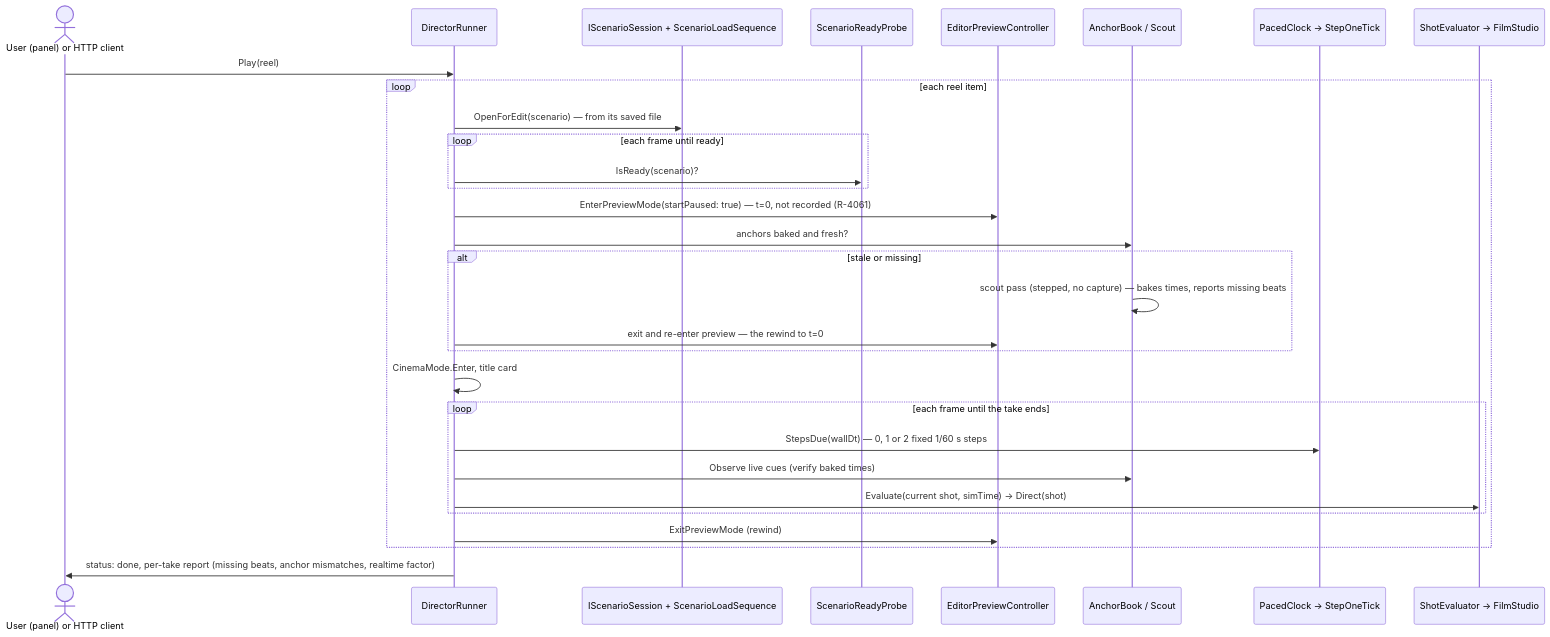
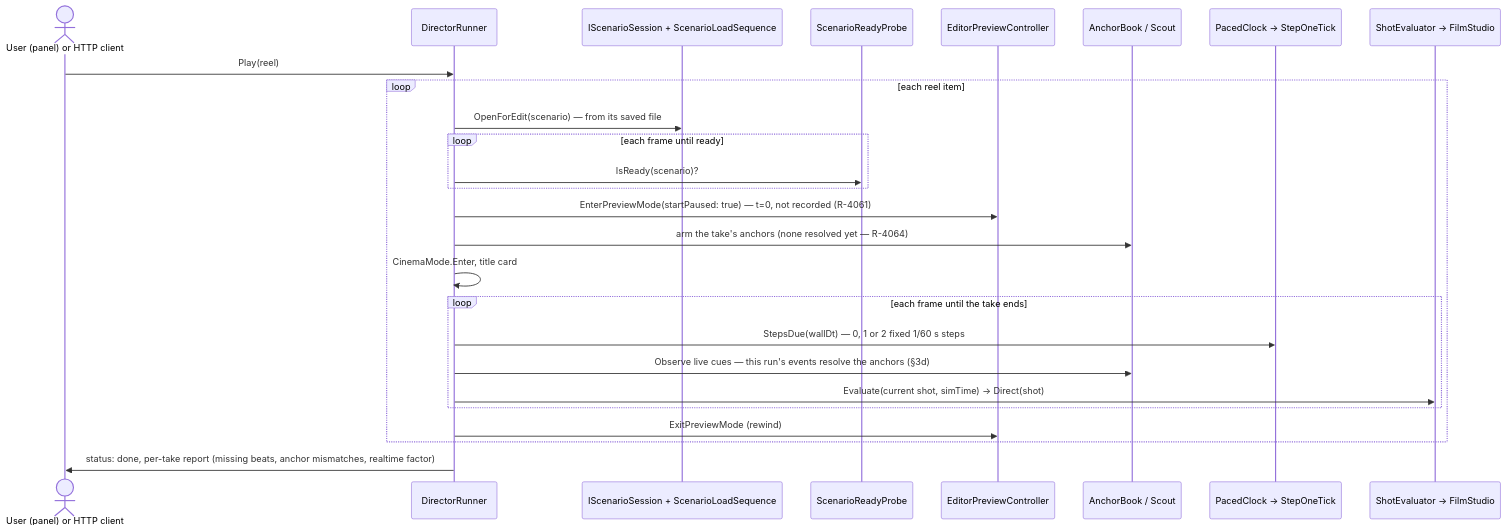
Before and after one commit to pjanec/HROT: the fourth of 6 diagrams in docs/DESIGN_Film_Director.md, drawn with Mermaid. The commit also changed other lines of this file and 5 other files, not shown here.

First line of the commit message:
docs: film director fifth pass — R-4064: runs are not deterministic, so cuts follow the shown run's events; STEER to backend's running batch

````diff
--- a/docs/DESIGN_Film_Director.md
+++ b/docs/DESIGN_Film_Director.md
@@ -282,32 +286,28 @@
 ```mermaid
 sequenceDiagram
   actor U as User (panel) or HTTP client
   participant R as DirectorRunner
   participant S as IScenarioSession + ScenarioLoadSequence
   participant P as ScenarioReadyProbe
   participant V as EditorPreviewController
   participant A as AnchorBook / Scout
   participant C as PacedClock → StepOneTick
   participant E as ShotEvaluator → FilmStudio
   U->>R: Play(reel)
   loop each reel item
     R->>S: OpenForEdit(scenario) — from its saved file
     loop each frame until ready
       R->>P: IsReady(scenario)?
     end
     R->>V: EnterPreviewMode(startPaused: true) — t=0, not recorded (R-4061)
-    R->>A: anchors baked and fresh?
-    alt stale or missing
-      A->>A: scout pass (stepped, no capture) — bakes times, reports missing beats
-      R->>V: exit and re-enter preview — the rewind to t=0
-    end
+    R->>A: arm the take's anchors (none resolved yet — R-4064)
     R->>R: CinemaMode.Enter, title card
     loop each frame until the take ends
       R->>C: StepsDue(wallDt) — 0, 1 or 2 fixed 1/60 s steps
-      R->>A: Observe live cues (verify baked times)
+      R->>A: Observe live cues — this run's events resolve the anchors (§3d)
       R->>E: Evaluate(current shot, simTime) → Direct(shot)
     end
     R->>V: ExitPreviewMode (rewind)
   end
   R->>U: status: done, per-take report (missing beats, anchor mismatches, realtime factor)
 ```
````
